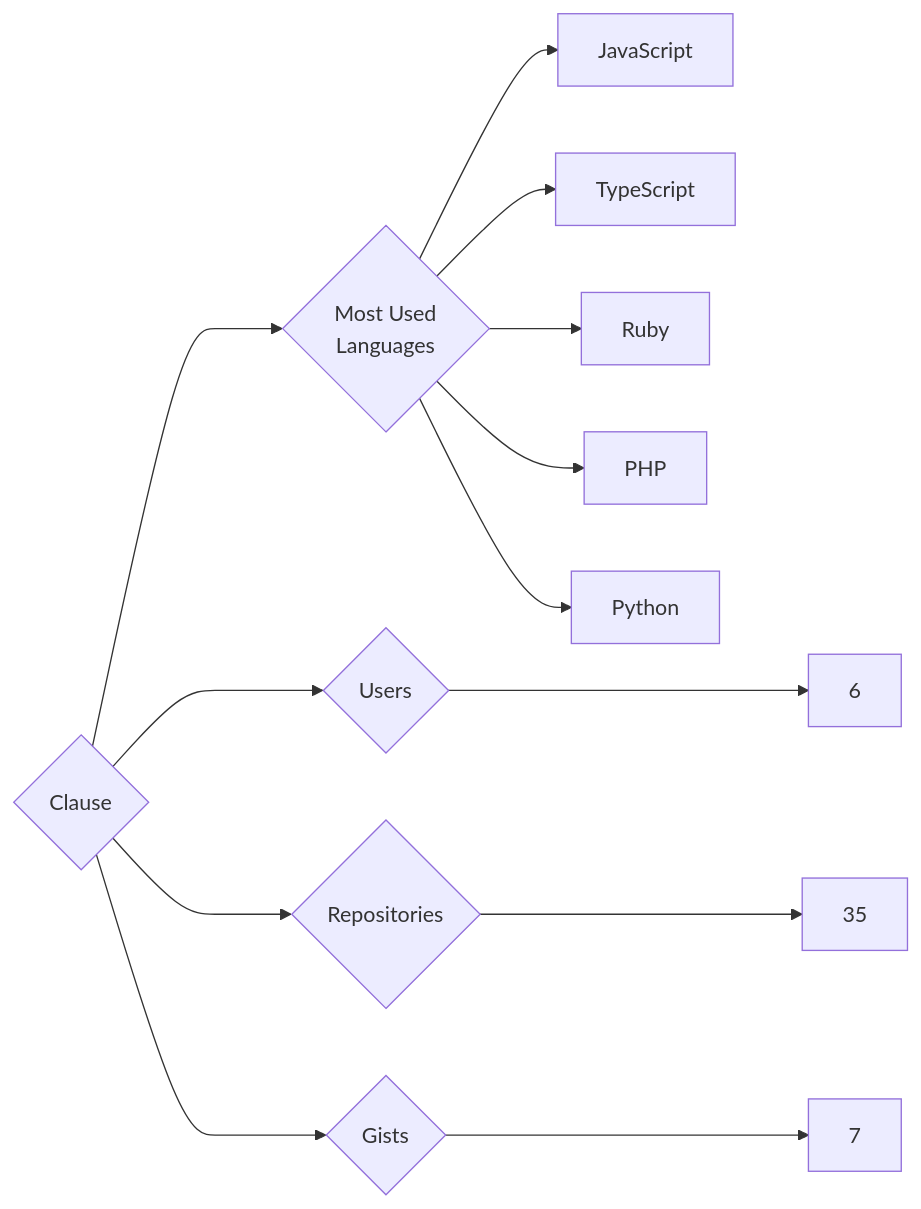
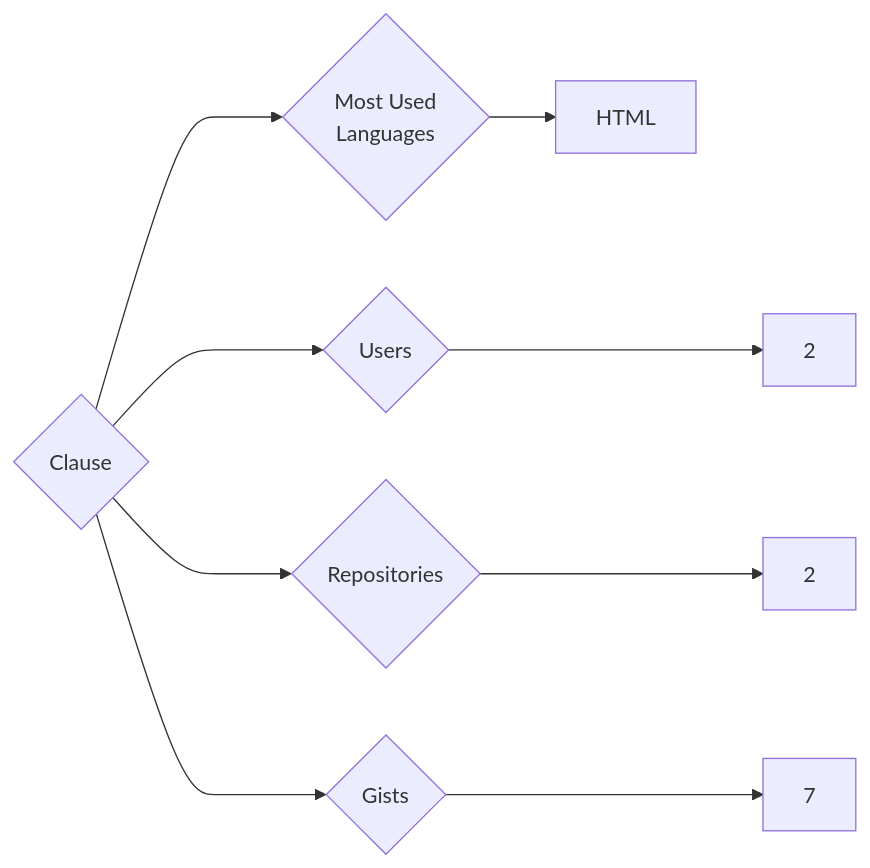
Before and after one commit to trickest/insiders: the diagram in targets/Clause/README.md, drawn with Mermaid. The commit also changed 682 other files, not shown here.

````diff
--- a/targets/Clause/README.md
+++ b/targets/Clause/README.md
@@ -3,13 +3,9 @@
 ```mermaid
 graph LR
 COMPANY_NAME{Clause}
-COMPANY_NAME ---> U{Users} ---> UN[6]
-COMPANY_NAME ---> R{Repositories} ---> RN[35]
+COMPANY_NAME ---> U{Users} ---> UN[2]
+COMPANY_NAME ---> R{Repositories} ---> RN[2]
 COMPANY_NAME ---> G{Gists} ---> GN[7]
 COMPANY_NAME ---> ML{Most Used<br>Languages}
-ML --> JavaScript[JavaScript]
-ML --> TypeScript[TypeScript]
-ML --> Ruby[Ruby]
-ML --> PHP[PHP]
-ML --> Python[Python]
+ML --> HTML[HTML]
 ```
````
